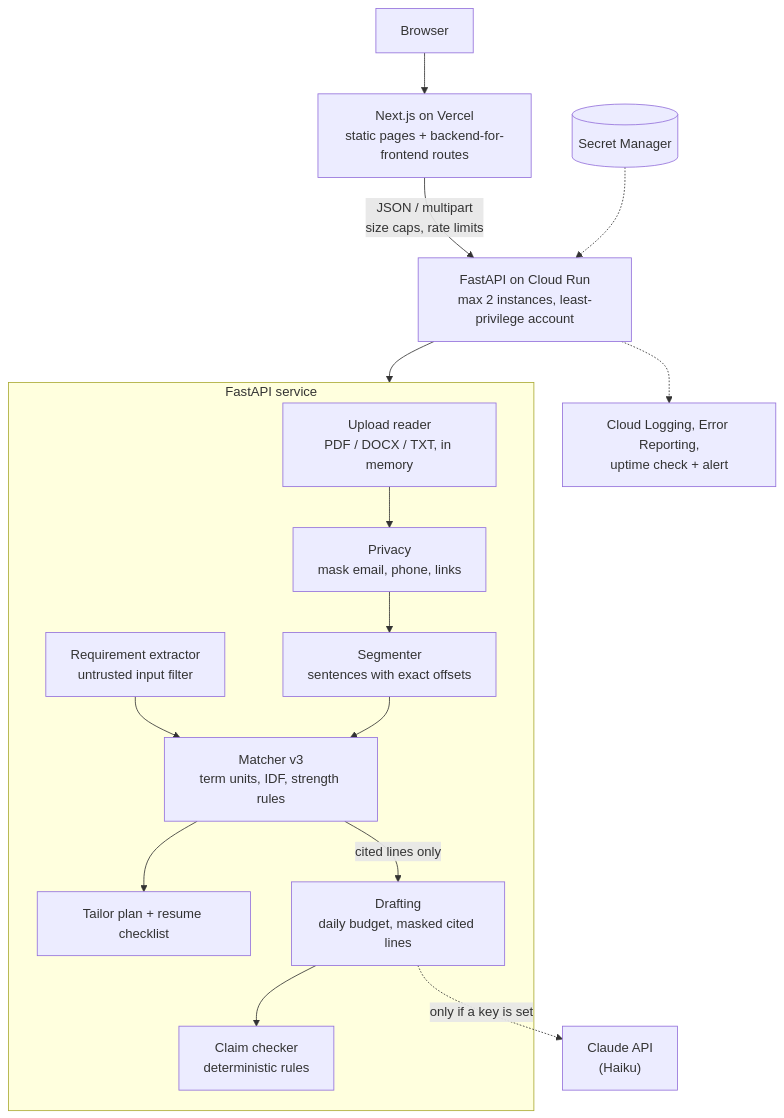
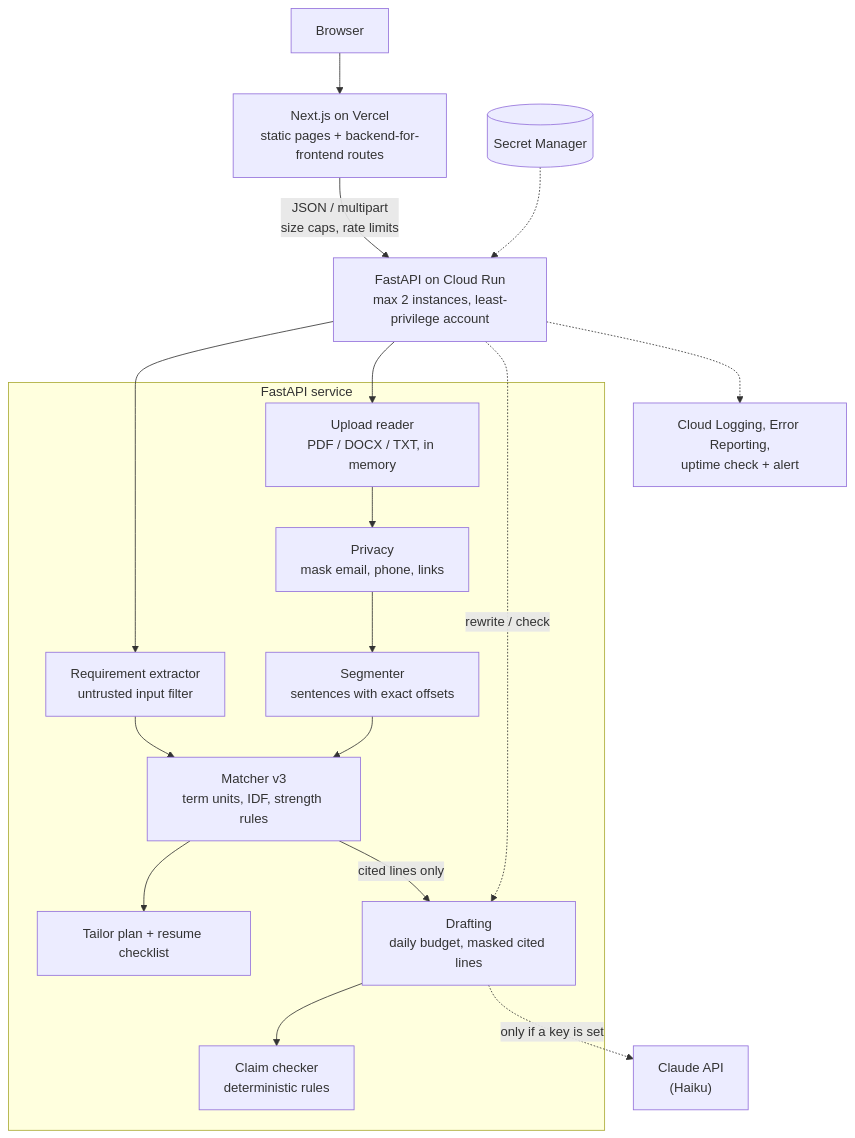
The second of 4 diagrams in README.md (chintan-02/resumeiq), drawn with Mermaid before and after one commit. The commit also changed other lines of this file, not shown here.

Commit message:
Clarify ResumeIQ architecture, evidence guarantees, and local setup

````diff
--- a/README.md
+++ b/README.md
@@ -113,18 +115,20 @@
 ```mermaid
 flowchart TB
   U[Browser] --> W["Next.js on Vercel<br/>static pages + backend-for-frontend routes"]
   W -->|"JSON / multipart<br/>size caps, rate limits"| A["FastAPI on Cloud Run<br/>max 2 instances, least-privilege account"]
   subgraph API["FastAPI service"]
     X["Upload reader<br/>PDF / DOCX / TXT, in memory"] --> P["Privacy<br/>mask email, phone, links"]
     P --> S["Segmenter<br/>sentences with exact offsets"]
     J["Requirement extractor<br/>untrusted input filter"] --> M
     S --> M["Matcher v3<br/>term units, IDF, strength rules"]
     M --> T["Tailor plan + resume checklist"]
     M -->|"cited lines only"| D
     D["Drafting<br/>daily budget, masked cited lines"] --> C["Claim checker<br/>deterministic rules"]
   end
-  A --> API
+  A --> X
+  A --> J
+  A -. "rewrite / check" .-> D
   D -.->|"only if a key is set"| L["Claude API<br/>(Haiku)"]
   K[(Secret Manager)] -.-> A
   A -.-> O["Cloud Logging, Error Reporting,<br/>uptime check + alert"]
 ```
````
